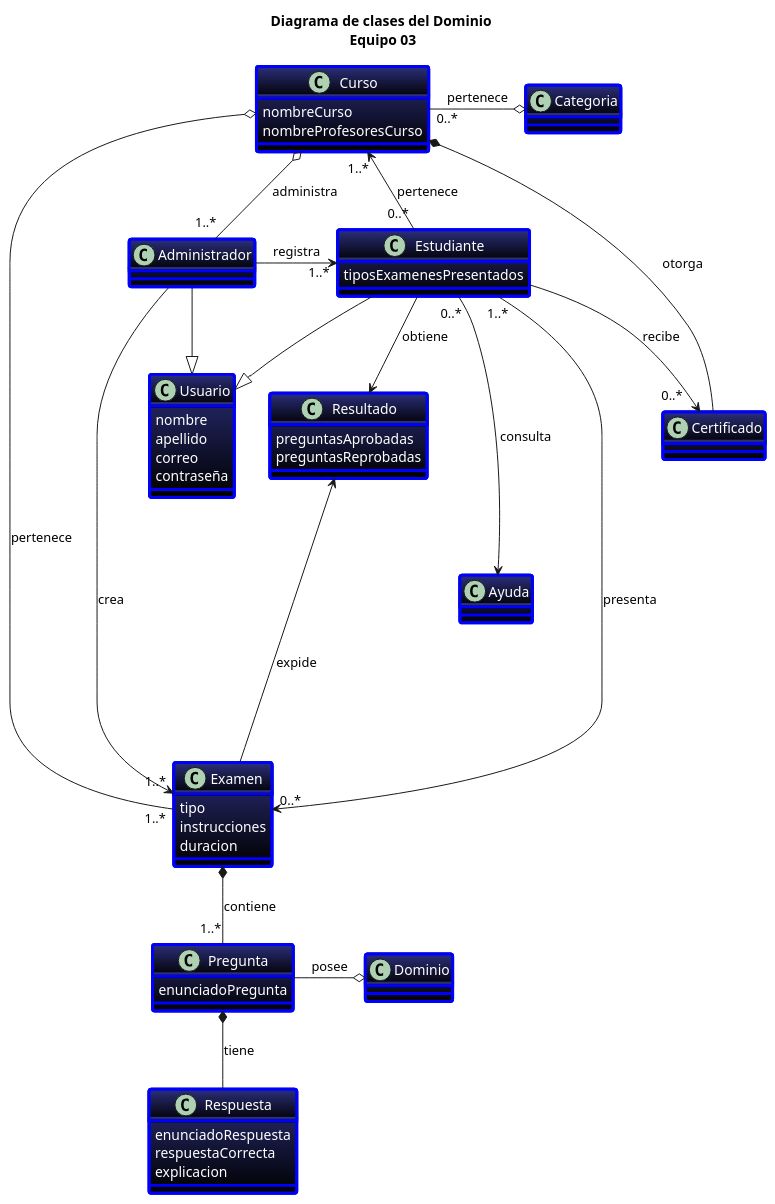
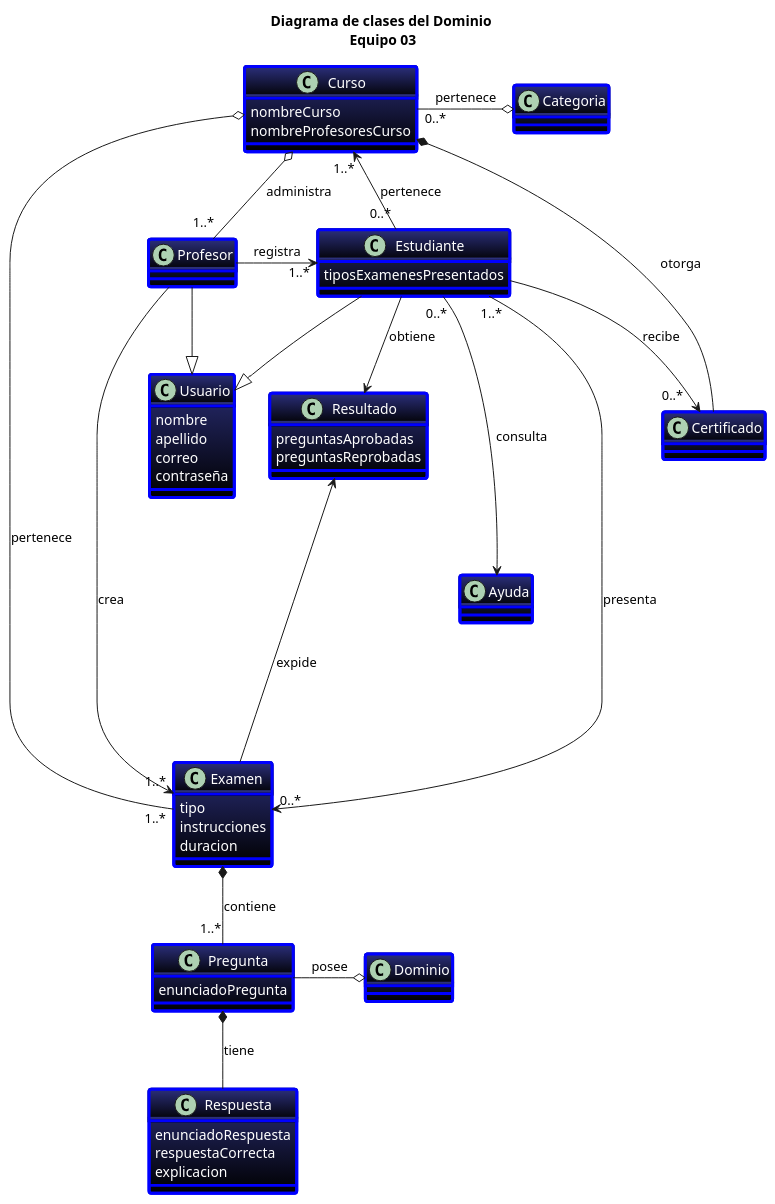
One commit to febres35/EdTech_IS changed the diagram in docs/scenariosView/diagramaClasesDominio.plantuml. Above: the diagram before and after it, drawn with PlantUML. The commit also changed 2 other files, not shown here.

Commit message:
Se cambio Administrador por Profesor en el diagrama de clases

```diff
--- a/docs/scenariosView/diagramaClasesDominio.plantuml
+++ b/docs/scenariosView/diagramaClasesDominio.plantuml
@@ -1,78 +1,78 @@
 @startuml "Diagrama de clases"
 
 title "Diagrama de clases del Dominio\n Equipo 03"
 
 skinparam Class{
   BackgroundColor 2B2F7B-black
   AttributeFontColor white
   BorderThickness 3
   BorderColor blue
 }
 class Usuario{
   nombre
   apellido
   correo
   contraseña 
 }
-class Administrador
+class Profesor
 
 class Estudiante{
   tiposExamenesPresentados
 }
 
 class Ayuda
 
 class Curso{
   nombreCurso
   nombreProfesoresCurso
 }
 class Categoria
 
 class Examen{
   tipo
   instrucciones
   duracion
 }
 class Resultado{
   preguntasAprobadas
   preguntasReprobadas
 }
 
 class Pregunta{
   enunciadoPregunta
 }
 
 class Dominio
 
 class Respuesta{
   enunciadoRespuesta
   respuestaCorrecta
   explicacion
 }
 class Certificado{
 }
 
-Usuario <|-left- Administrador
+Usuario <|-left- Profesor
 Usuario <|-up- Estudiante
 
-Administrador --> "1..*"Examen: crea
-Administrador -right-> "     1..*"Estudiante: registra
-Administrador "    1..*"-up-o Curso: administra
+Profesor --> "1..*"Examen: crea
+Profesor -right-> "     1..*"Estudiante: registra
+Profesor "    1..*"-up-o Curso: administra
 
 Estudiante "0..*"-right->"    1..*"Curso: pertenece
 Estudiante "1..*"-right-> "0..* "Examen: presenta
 Estudiante --> "0..*   "Certificado: recibe
 Estudiante "0..*"---> Ayuda: consulta
 Estudiante --> Resultado: "obtiene     "
 
 Examen *-down- "1..*"Pregunta: contiene
 Examen -up---> Resultado: expide
 
 Pregunta *-down- Respuesta: tiene
 Pregunta -right-o Dominio: posee
 
 Curso "0..*" -right-o Categoria: pertenece
 Curso o----- "1..*"Examen: pertenece
 Curso *- Certificado: otorga
 
 @enduml
```
